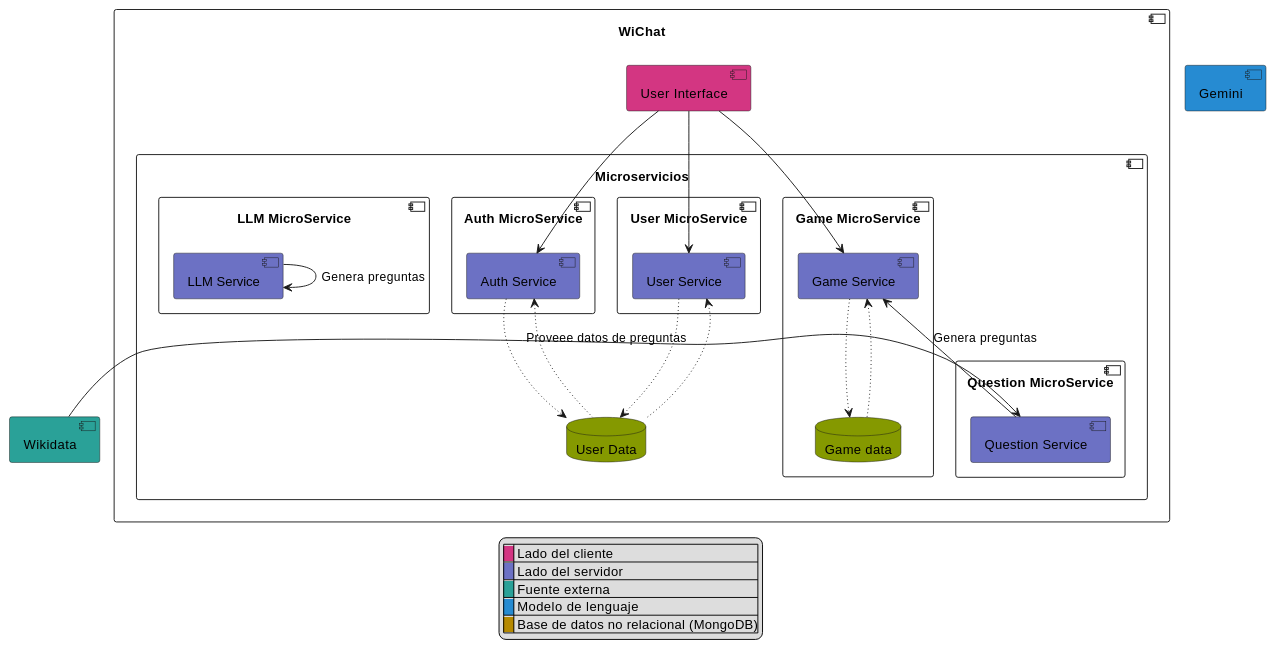
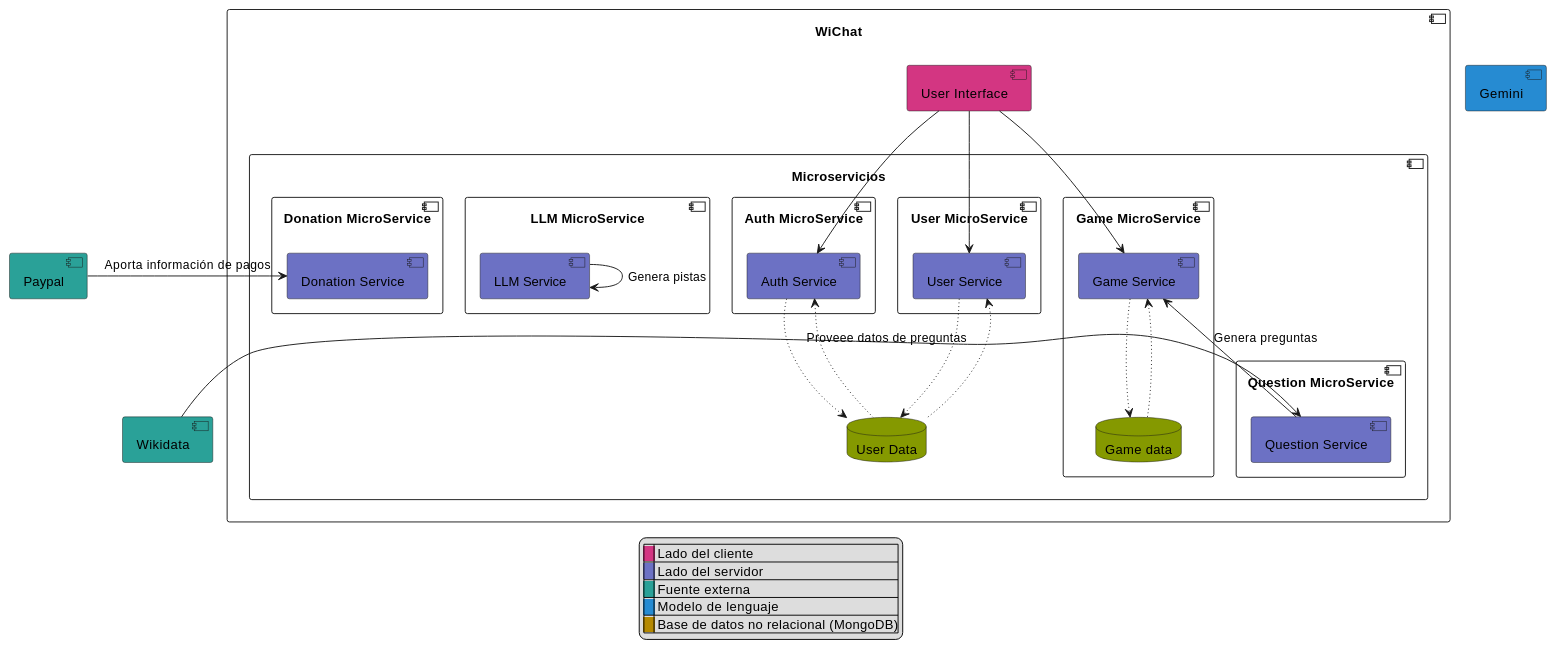
Before and after one commit to JavierSanabriaMiranda/wichat_es4a: the third of 3 diagrams in docs/src/05_building_block_view.adoc, drawn with PlantUML. The commit also changed other lines of this file and 1 other file, not shown here.

```diff
--- a/docs/src/05_building_block_view.adoc
+++ b/docs/src/05_building_block_view.adoc
@@ -128,62 +135,68 @@
 [plantuml,"building_block_view3",png]
 ----
 @startuml
 Component WiChat as "WiChat" {
 
     Component ms as "Microservicios" {
 
         Component c1 as "Auth MicroService" {
             Component auth as "Auth Service" #6c71c4
         }
 
         Component c2 as "User MicroService" {
             Component user as "User Service" #6c71c4
         }
 
         Database d1 as "User Data" #859900
 
         Component c3 as "Game MicroService" {
             Component game as "Game Service" #6c71c4
             Database d2 as "Game data" #859900
         }
 
         Component c4 as "Question MicroService" {
             Component questions as "Question Service" #6c71c4
         }
 
         Component c5 as "LLM MicroService" {
             Component llm as "LLM Service" #6c71c4
         }
 
+        Component c6 as "Donation MicroService" {
+            Component donation as "Donation Service" #6c71c4
+        }
+
     }
 
     Component ui as "User Interface" #d33682
 
     ui -down-> auth
     ui -down-> user
     ui -down-> game
 
     auth -[dotted]-> d1
     auth <-[dotted]- d1
     user -[dotted]-> d1
     user <-[dotted]- d1
     game -[dotted]-> d2
     game <-[dotted]- d2
 }
 
 Component w as "Wikidata" #2aa198
 Component g as "Gemini" #268bd2
+Component p as "Paypal" #2aa198
 
 game <-- questions: Genera preguntas
 questions <-left- w: Proveee datos de preguntas
-llm <-left- llm: Genera preguntas
+llm <-left- llm: Genera pistas
+donation <-left- p: Aporta información de pagos
 
 legend
  |<back:#d33682>   </back>| Lado del cliente |
  |<back:#6c71c4>   </back>| Lado del servidor |
  |<back:#2aa198>   </back>| Fuente externa |
  |<back:#268bd2>   </back>| Modelo de lenguaje |
  |<back:#b58900>   </back>| Base de datos no relacional (MongoDB)|
 endlegend
 @enduml
 ----
```
